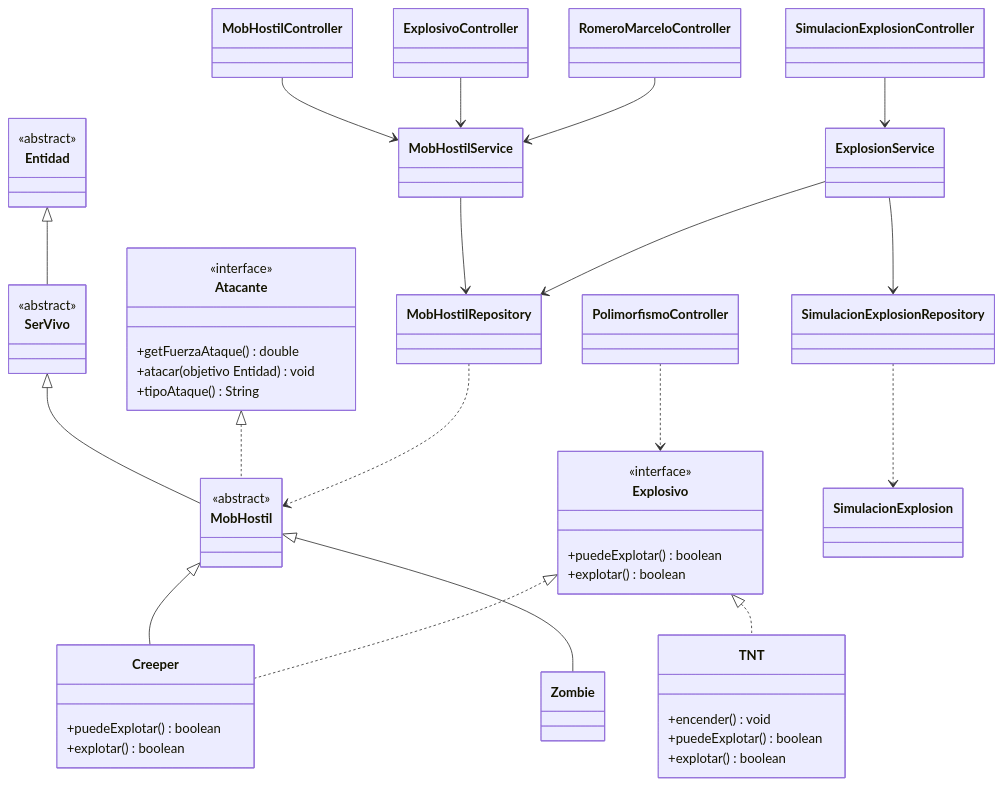
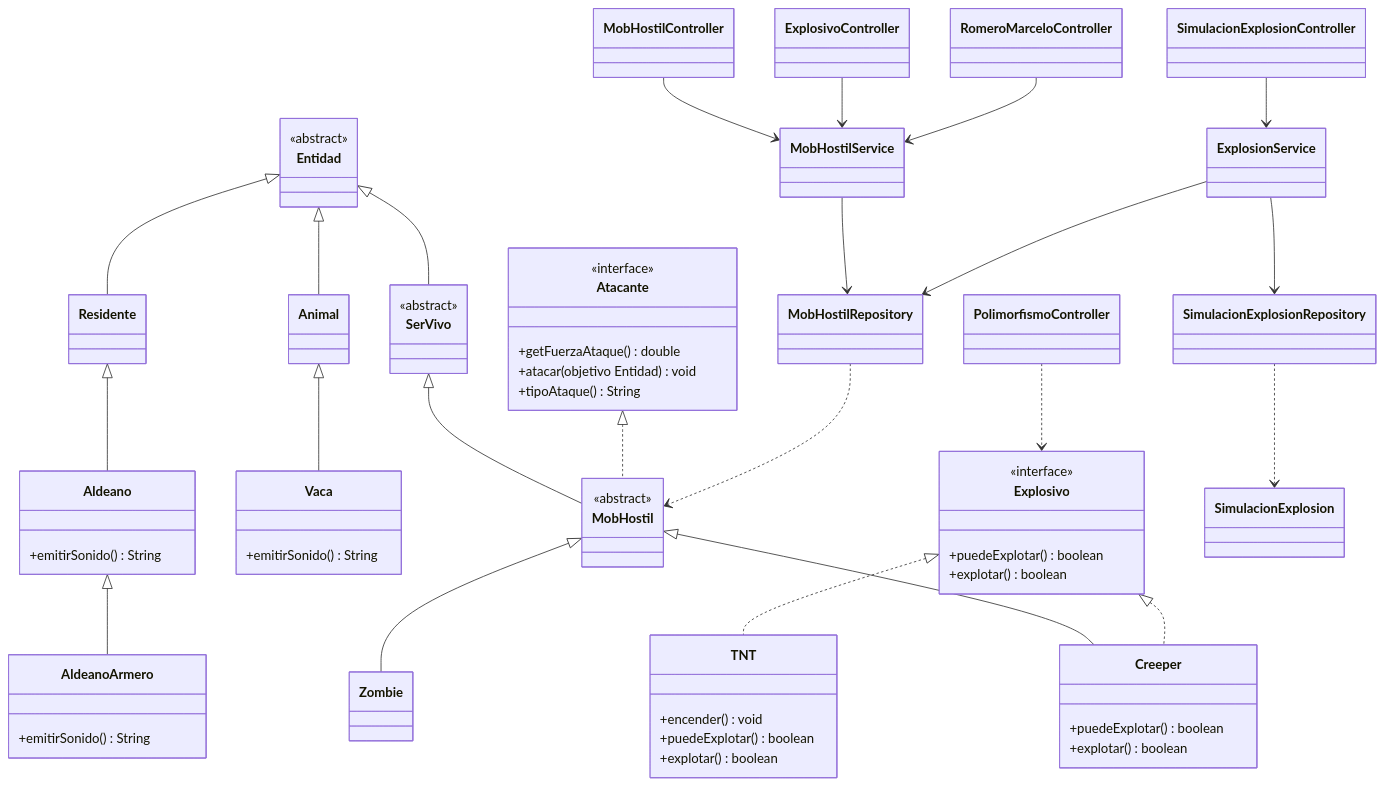
One commit to NicoRodriguez85677/NRodriguez-taller-git-2026 changed the second of 2 diagrams in README.md. Above: the diagram before and after it, drawn with Mermaid. The commit also changed other lines of this file, not shown here.

Commit message:
docs: actualizar diagramas y estado de correcciones POO08

````diff
--- a/README.md
+++ b/README.md
@@ -417,60 +416,77 @@
 ```mermaid
 classDiagram
     class Entidad {
         <<abstract>>
     }
     class SerVivo {
         <<abstract>>
     }
     class MobHostil {
         <<abstract>>
     }
     class Creeper {
         +puedeExplotar() boolean
         +explotar() boolean
     }
     class Zombie
+
+    class Animal
+    class Vaca {
+        +emitirSonido() String
+    }
+    class Residente
+    class Aldeano {
+        +emitirSonido() String
+    }
+    class AldeanoArmero {
+        +emitirSonido() String
+    }
     class TNT {
         +encender() void
         +puedeExplotar() boolean
         +explotar() boolean
     }
     class Explosivo {
         <<interface>>
         +puedeExplotar() boolean
         +explotar() boolean
     }
     class Atacante {
         <<interface>>
         +getFuerzaAtaque() double
         +atacar(objetivo Entidad) void
         +tipoAtaque() String
     }
     class MobHostilService
     class ExplosionService
     class MobHostilRepository
     class SimulacionExplosionRepository
     class SimulacionExplosion
     class MobHostilController
     class ExplosivoController
     class PolimorfismoController
     class RomeroMarceloController
     class SimulacionExplosionController
     Entidad <|-- SerVivo
     SerVivo <|-- MobHostil
     MobHostil <|-- Creeper
     MobHostil <|-- Zombie
+    Entidad <|-- Animal
+    Animal <|-- Vaca
+    Entidad <|-- Residente
+    Residente <|-- Aldeano
+    Aldeano <|-- AldeanoArmero
     Atacante <|.. MobHostil
     Explosivo <|.. Creeper
     Explosivo <|.. TNT
     MobHostilService --> MobHostilRepository
     ExplosionService --> MobHostilRepository
     ExplosionService --> SimulacionExplosionRepository
     MobHostilRepository ..> MobHostil
     SimulacionExplosionRepository ..> SimulacionExplosion
     MobHostilController --> MobHostilService
     ExplosivoController --> MobHostilService
     RomeroMarceloController --> MobHostilService
     PolimorfismoController ..> Explosivo
     SimulacionExplosionController --> ExplosionService
 ```
````
